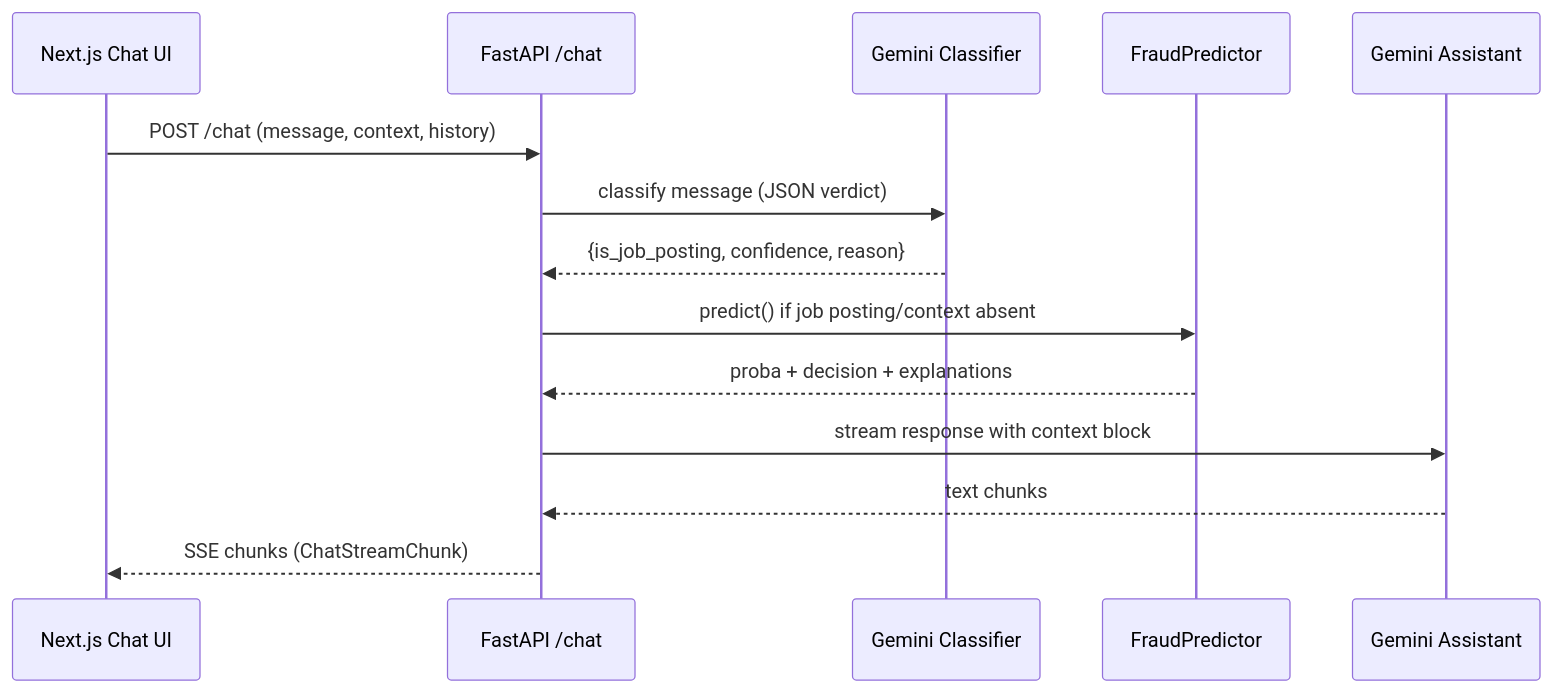
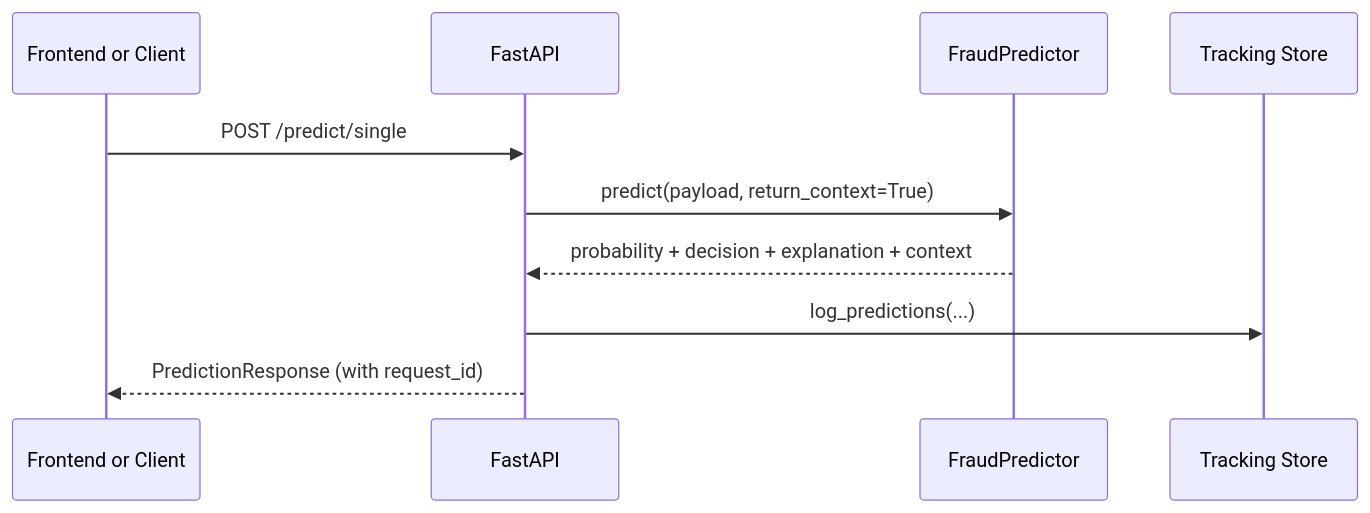
Before and after one commit to hoangsonww/Spot-the-Scam-AI-Job-Fraud: the fourth of 4 diagrams in ARCHITECTURE.md, drawn with Mermaid. The commit also changed other lines of this file and 13 other files, not shown here.

````diff
--- a/ARCHITECTURE.md
+++ b/ARCHITECTURE.md
@@ -250,17 +244,13 @@
 ```mermaid
 sequenceDiagram
-    participant UI as Next.js Chat UI
-    participant API as FastAPI /chat
-    participant Cls as Gemini Classifier
-    participant Pred as FraudPredictor
-    participant LLM as Gemini Assistant
+    participant UI as Frontend or Client
+    participant API as FastAPI
+    participant Model as FraudPredictor
+    participant Track as Tracking Store
 
-    UI->>API: POST /chat (message, context, history)
-    API->>Cls: classify message (JSON verdict)
-    Cls-->>API: {is_job_posting, confidence, reason}
-    API->>Pred: predict() if job posting/context absent
-    Pred-->>API: proba + decision + explanations
-    API->>LLM: stream response with context block
-    LLM-->>API: text chunks
-    API-->>UI: SSE chunks (ChatStreamChunk)
+    UI->>API: POST /predict/single
+    API->>Model: predict(payload, return_context=True)
+    Model-->>API: probability + decision + explanation + context
+    API->>Track: log_predictions(...)
+    API-->>UI: PredictionResponse (with request_id)
 ```
````
